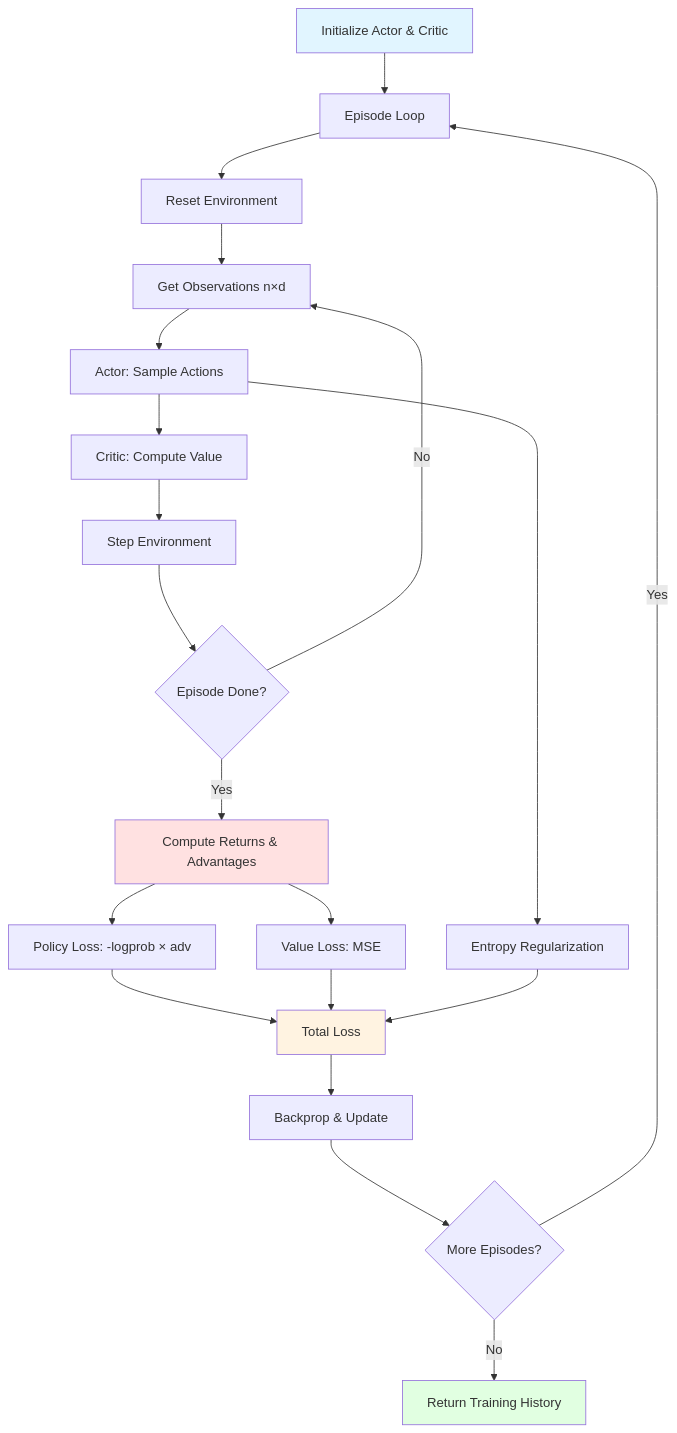
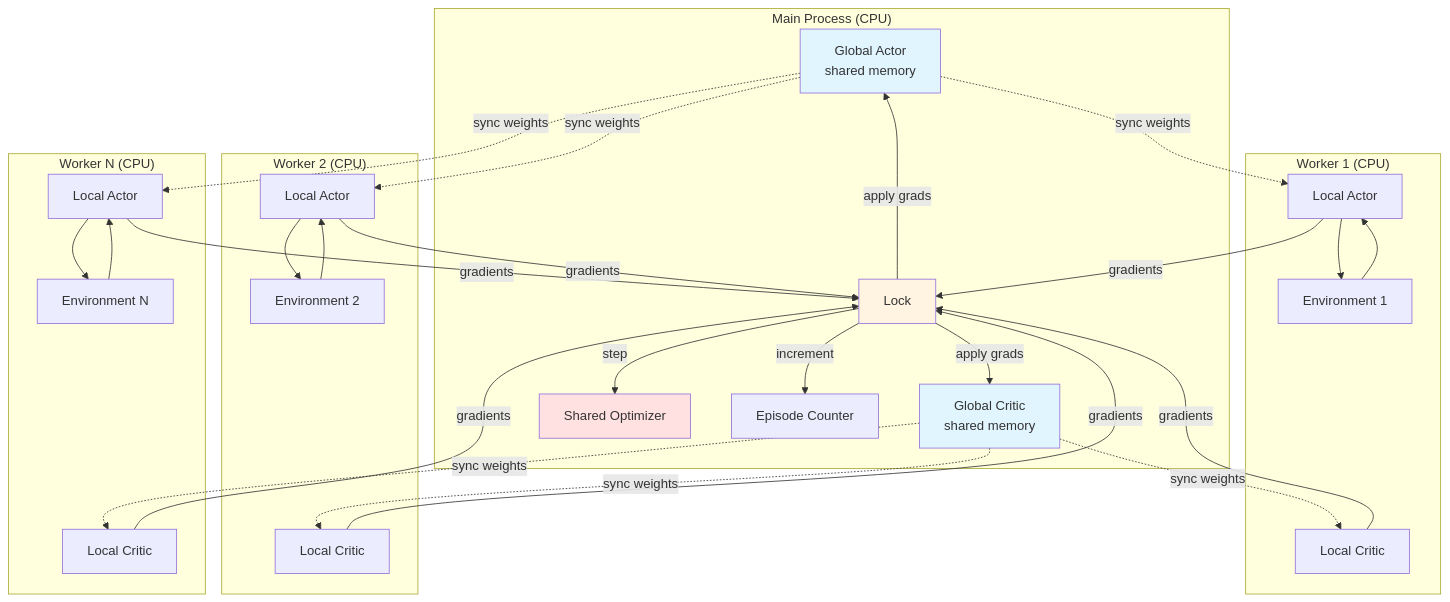
Before and after one commit to gpsaggese/gpsaggese.github.io: the diagram in class_project/MSML610/Fall2025/Projects/UmdTask21_Fall2025_TorchRL_Multi-Agent_Cooperation/TorchRL_MAC.example.md, drawn with Mermaid. The commit also changed other lines of this file and 15 other files, not shown here.

````diff
--- a/class_project/MSML610/Fall2025/Projects/UmdTask21_Fall2025_TorchRL_Multi-Agent_Cooperation/TorchRL_MAC.example.md
+++ b/class_project/MSML610/Fall2025/Projects/UmdTask21_Fall2025_TorchRL_Multi-Agent_Cooperation/TorchRL_MAC.example.md
@@ -25,27 +28,60 @@
 ```mermaid
-flowchart TD
-    A[Initialize Actor & Critic] --> B[Episode Loop]
-    B --> C[Reset Environment]
-    C --> D[Get Observations n×d]
-    D --> E[Actor: Sample Actions]
-    E --> F[Critic: Compute Value]
-    F --> G[Step Environment]
-    G --> H{Episode Done?}
-    H -->|No| D
-    H -->|Yes| I[Compute Returns & Advantages]
-    I --> J[Policy Loss: -logprob × adv]
-    I --> K[Value Loss: MSE]
-    E --> L[Entropy Regularization]
-    J --> M[Total Loss]
-    K --> M
-    L --> M
-    M --> N[Backprop & Update]
-    N --> O{More Episodes?}
-    O -->|Yes| B
-    O -->|No| P[Return Training History]
+flowchart TB
+    subgraph Main["Main Process (CPU)"]
+        G1[Global Actor<br/>shared memory]
+        G2[Global Critic<br/>shared memory]
+        OPT[Shared Optimizer]
+        LOCK[Lock]
+        COUNTER[Episode Counter]
+    end
     
-    style A fill:#e1f5ff
-    style I fill:#ffe1e1
-    style M fill:#fff3e1
-    style P fill:#e1ffe1
+    subgraph W1["Worker 1 (CPU)"]
+        L1A[Local Actor]
+        L1C[Local Critic]
+        E1[Environment 1]
+    end
+    
+    subgraph W2["Worker 2 (CPU)"]
+        L2A[Local Actor]
+        L2C[Local Critic]
+        E2[Environment 2]
+    end
+    
+    subgraph W3["Worker N (CPU)"]
+        LNA[Local Actor]
+        LNC[Local Critic]
+        EN[Environment N]
+    end
+    
+    G1 -.sync weights.-> L1A
+    G2 -.sync weights.-> L1C
+    G1 -.sync weights.-> L2A
+    G2 -.sync weights.-> L2C
+    G1 -.sync weights.-> LNA
+    G2 -.sync weights.-> LNC
+    
+    E1 --> L1A
+    L1A --> E1
+    L1A -->|gradients| LOCK
+    L1C -->|gradients| LOCK
+    
+    E2 --> L2A
+    L2A --> E2
+    L2A -->|gradients| LOCK
+    L2C -->|gradients| LOCK
+    
+    EN --> LNA
+    LNA --> EN
+    LNA -->|gradients| LOCK
+    LNC -->|gradients| LOCK
+    
+    LOCK -->|apply grads| G1
+    LOCK -->|apply grads| G2
+    LOCK -->|step| OPT
+    LOCK -->|increment| COUNTER
+    
+    style G1 fill:#e1f5ff
+    style G2 fill:#e1f5ff
+    style OPT fill:#ffe1e1
+    style LOCK fill:#fff3e1
 ```
````
